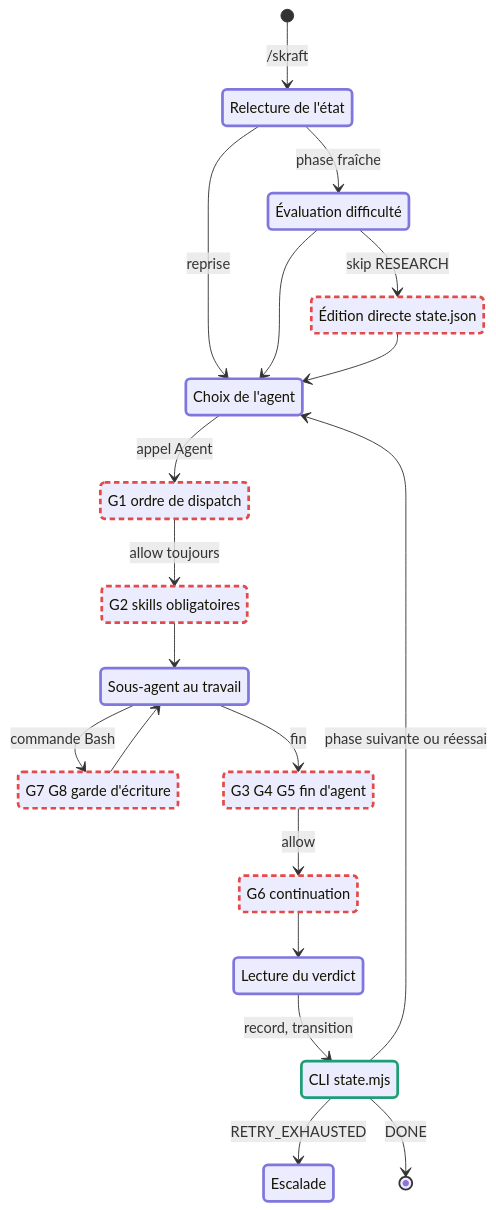
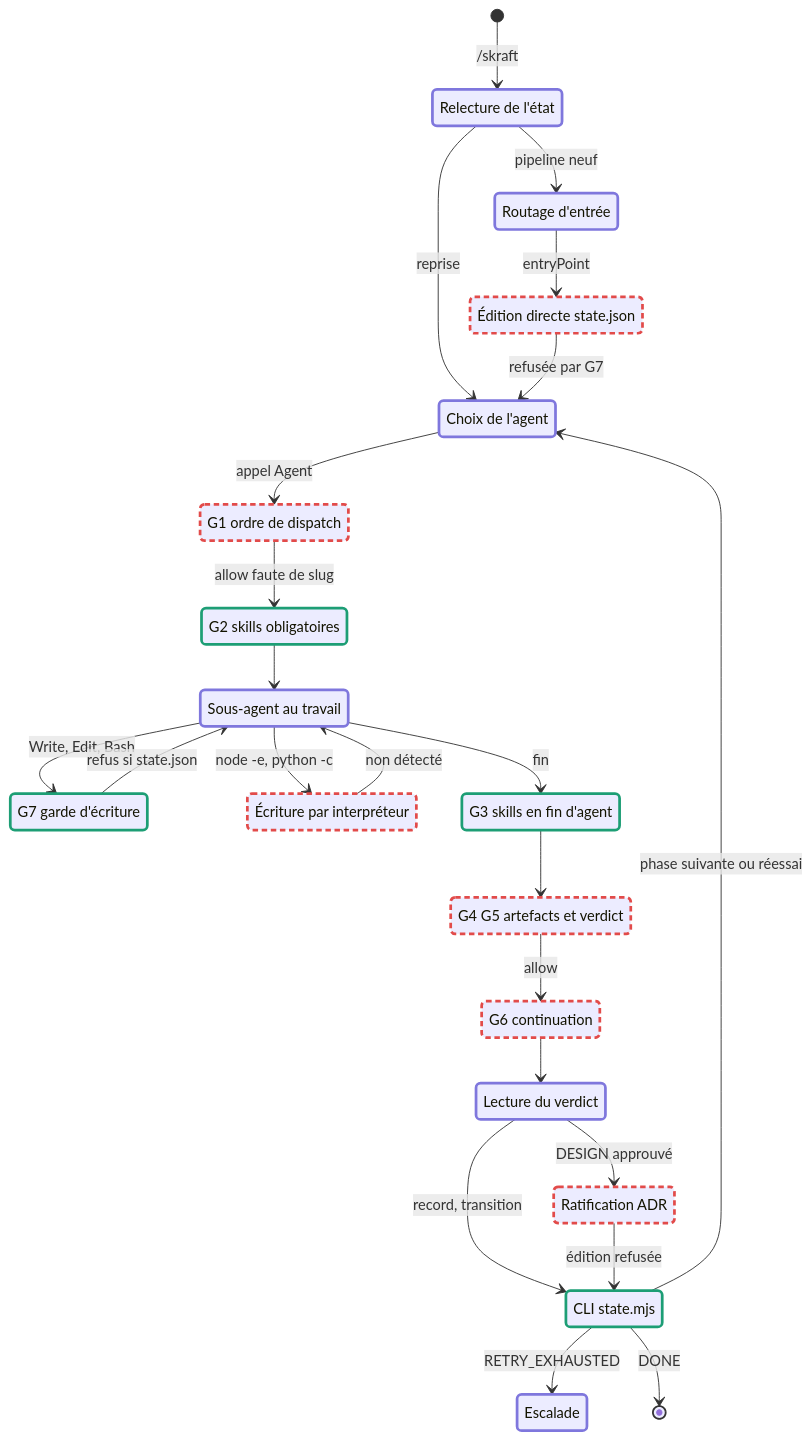
The first of 3 diagrams in docs/03-skraft-diagrammes-etat-compares.md (freecompub/AgentStudio), drawn with Mermaid before and after one commit. The commit also changed other lines of this file and 7 other files, not shown here.

````diff
--- a/docs/03-skraft-diagrammes-etat-compares.md
+++ b/docs/03-skraft-diagrammes-etat-compares.md
@@ -28,40 +34,47 @@
 ```mermaid
 stateDiagram-v2
   classDef llm stroke:#7F77DD,stroke-width:3px
   classDef det stroke:#1D9E75,stroke-width:3px
   classDef faible stroke:#E24B4A,stroke-width:3px,stroke-dasharray:6 4
   state "Relecture de l'état" as Rehydra
-  state "Évaluation difficulté" as Diff
+  state "Routage d'entrée" as Entry
   state "Édition directe state.json" as Edit
   state "Choix de l'agent" as Choix
   state "G1 ordre de dispatch" as G1
   state "G2 skills obligatoires" as G2
   state "Sous-agent au travail" as Agent
-  state "G7 G8 garde d'écriture" as G7
-  state "G3 G4 G5 fin d'agent" as Stop
+  state "G7 garde d'écriture" as G7
+  state "Écriture par interpréteur" as Interp
+  state "G3 skills en fin d'agent" as StopOk
+  state "G4 G5 artefacts et verdict" as Stop
   state "G6 continuation" as G6
   state "Lecture du verdict" as Verdict
+  state "Ratification ADR" as Ratif
   state "CLI state.mjs" as CLI
   state "Escalade" as Esc
   [*] --> Rehydra: /skraft
-  Rehydra --> Diff: phase fraîche
+  Rehydra --> Entry: pipeline neuf
   Rehydra --> Choix: reprise
-  Diff --> Edit: skip RESEARCH
-  Diff --> Choix
-  Edit --> Choix
+  Entry --> Edit: entryPoint
+  Edit --> Choix: refusée par G7
   Choix --> G1: appel Agent
-  G1 --> G2: allow toujours
+  G1 --> G2: allow faute de slug
   G2 --> Agent
-  Agent --> G7: commande Bash
-  G7 --> Agent
-  Agent --> Stop: fin
+  Agent --> G7: Write, Edit, Bash
+  G7 --> Agent: refus si state.json
+  Agent --> Interp: node -e, python -c
+  Interp --> Agent: non détecté
+  Agent --> StopOk: fin
+  StopOk --> Stop
   Stop --> G6: allow
   G6 --> Verdict
   Verdict --> CLI: record, transition
+  Verdict --> Ratif: DESIGN approuvé
+  Ratif --> CLI: édition refusée
   CLI --> Choix: phase suivante ou réessai
   CLI --> Esc: RETRY_EXHAUSTED
   CLI --> [*]: DONE
-  class Rehydra, Diff, Choix, Agent, Verdict, Esc llm
-  class CLI det
-  class Edit, G1, G2, G7, Stop, G6 faible
+  class Rehydra, Entry, Choix, Agent, Verdict, Esc llm
+  class CLI, G2, G7, StopOk det
+  class Edit, G1, Interp, Stop, G6, Ratif faible
 ```
````
